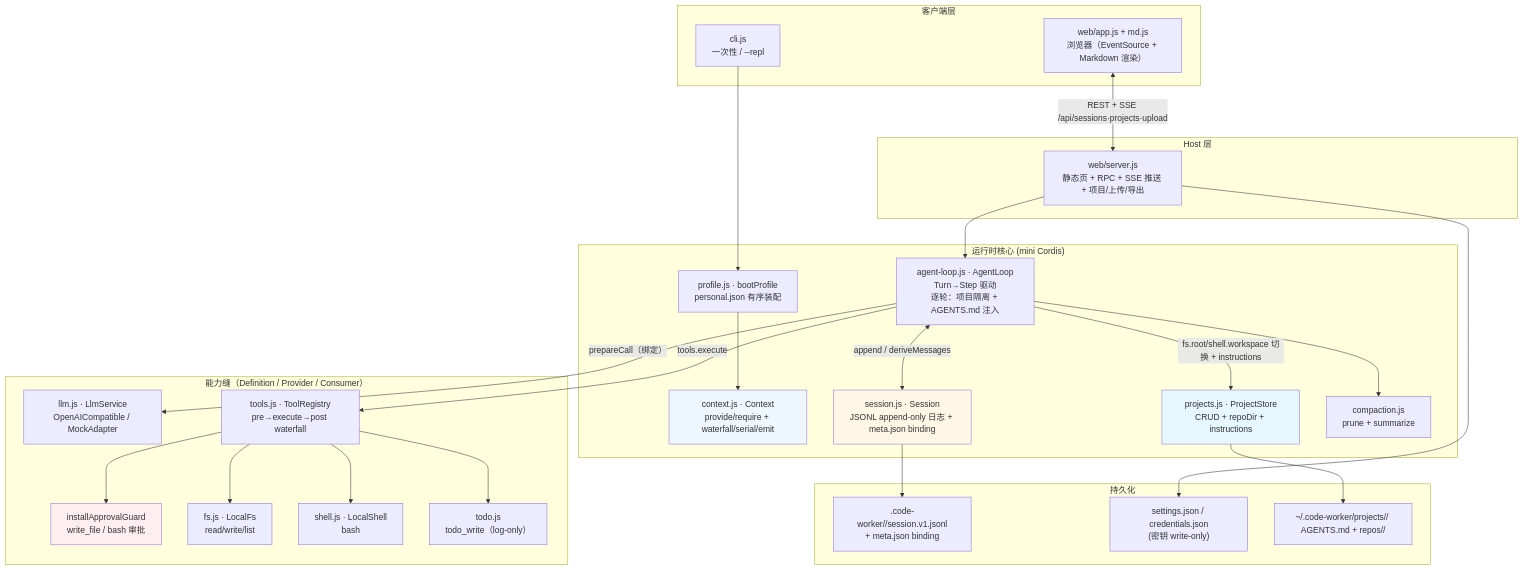
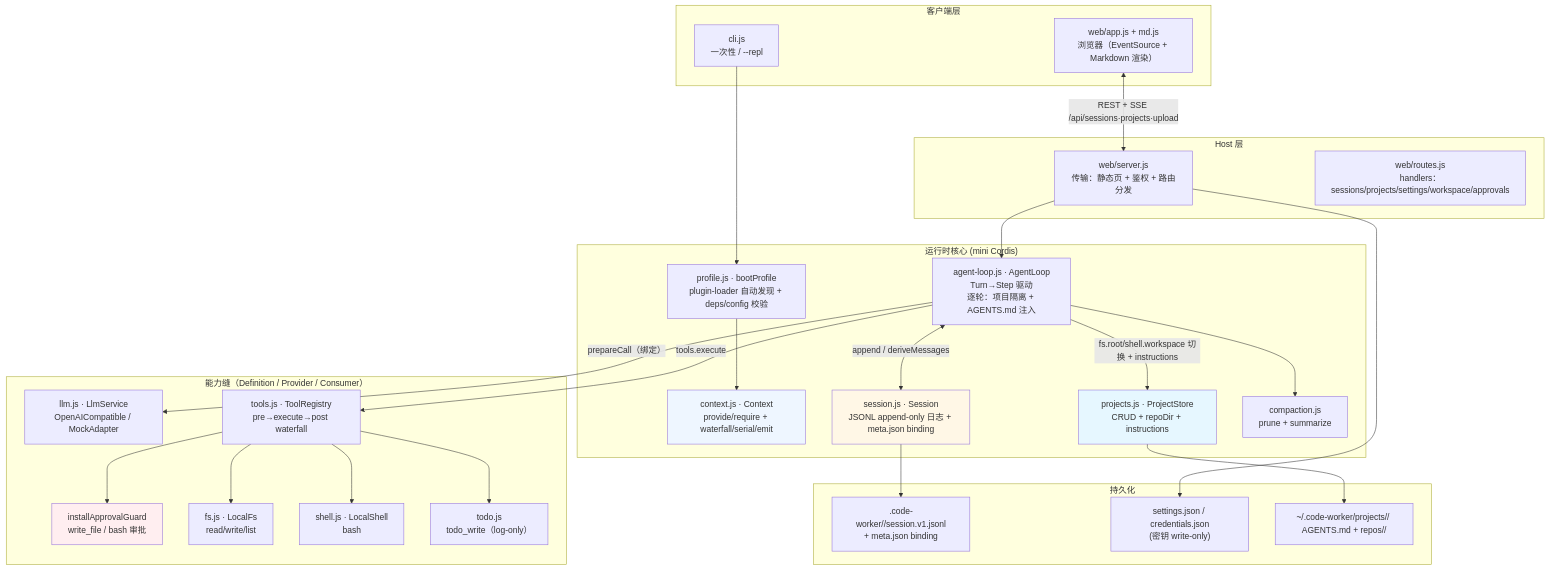
The diagram in docs/architecture.md (JimRn/code-worker), drawn with Mermaid before and after one commit. The commit also changed 27 other files, not shown here.

````diff
--- a/docs/architecture.md
+++ b/docs/architecture.md
@@ -29,56 +29,57 @@
 ```mermaid
 flowchart TB
     subgraph Client["客户端层"]
         CLI["cli.js<br/>一次性 / --repl"]
         WebUI["web/app.js + md.js<br/>浏览器（EventSource + Markdown 渲染）"]
     end
 
     subgraph Host["Host 层"]
-        WEB["web/server.js<br/>静态页 + RPC + SSE 推送 + 项目/上传/导出"]
+        WEB["web/server.js<br/>传输：静态页 + 鉴权 + 路由分发"]
+        ROUTES["web/routes.js<br/>handlers：sessions/projects/settings/workspace/approvals"]
     end
 
     subgraph Runtime["运行时核心 (mini Cordis)"]
         CTX["context.js · Context<br/>provide/require + waterfall/serial/emit"]
         LOOP["agent-loop.js · AgentLoop<br/>Turn→Step 驱动<br/>逐轮：项目隔离 + AGENTS.md 注入"]
         SES["session.js · Session<br/>JSONL append-only 日志 + meta.json binding"]
         PROJ["projects.js · ProjectStore<br/>CRUD + repoDir + instructions"]
         COMP["compaction.js<br/>prune + summarize"]
-        PRO["profile.js · bootProfile<br/>personal.json 有序装配"]
+        PRO["profile.js · bootProfile<br/>plugin-loader 自动发现 + deps/config 校验"]
     end
 
     subgraph Seams["能力缝（Definition / Provider / Consumer）"]
         LLM["llm.js · LlmService<br/>OpenAICompatible / MockAdapter"]
         TOOLS["tools.js · ToolRegistry<br/>pre→execute→post waterfall"]
         GUARD["installApprovalGuard<br/>write_file / bash 审批"]
         FS["fs.js · LocalFs<br/>read/write/list"]
         SH["shell.js · LocalShell<br/>bash"]
         TODO["todo.js<br/>todo_write（log-only）"]
     end
 
     subgraph Data["持久化"]
         LOG[".code-worker/<id>/session.v1.jsonl<br/>+ meta.json binding"]
         SET["settings.json / credentials.json<br/>(密钥 write-only)"]
         PRJ["~/.code-worker/projects/<id>/ AGENTS.md + repos/<repo>/"]
     end
 
     CLI --> PRO --> CTX
     WebUI <-->|"REST + SSE /api/sessions·projects·upload"| WEB
     WEB --> LOOP
     LOOP <-->|"append / deriveMessages"| SES
     LOOP -->|"prepareCall（绑定）"| LLM
     LOOP -->|"tools.execute"| TOOLS
     TOOLS --> GUARD
     TOOLS --> FS
     TOOLS --> SH
     TOOLS --> TODO
     LOOP --> COMP
     LOOP -->|"fs.root/shell.workspace 切换 + instructions"| PROJ
     SES --> LOG
     WEB --> SET
     PROJ --> PRJ
 
     style CTX fill:#eef6ff
     style SES fill:#fff7e6
     style GUARD fill:#ffeef0
     style PROJ fill:#e6f7ff
 ```
````
